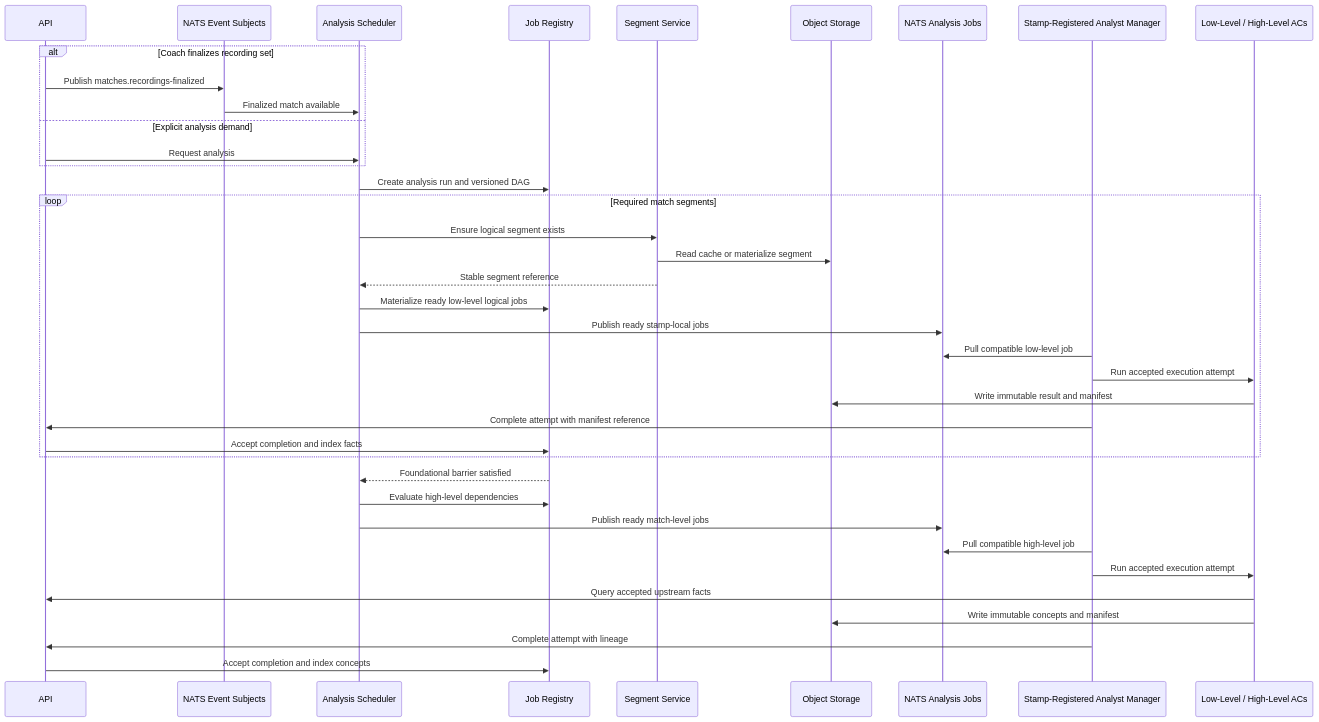
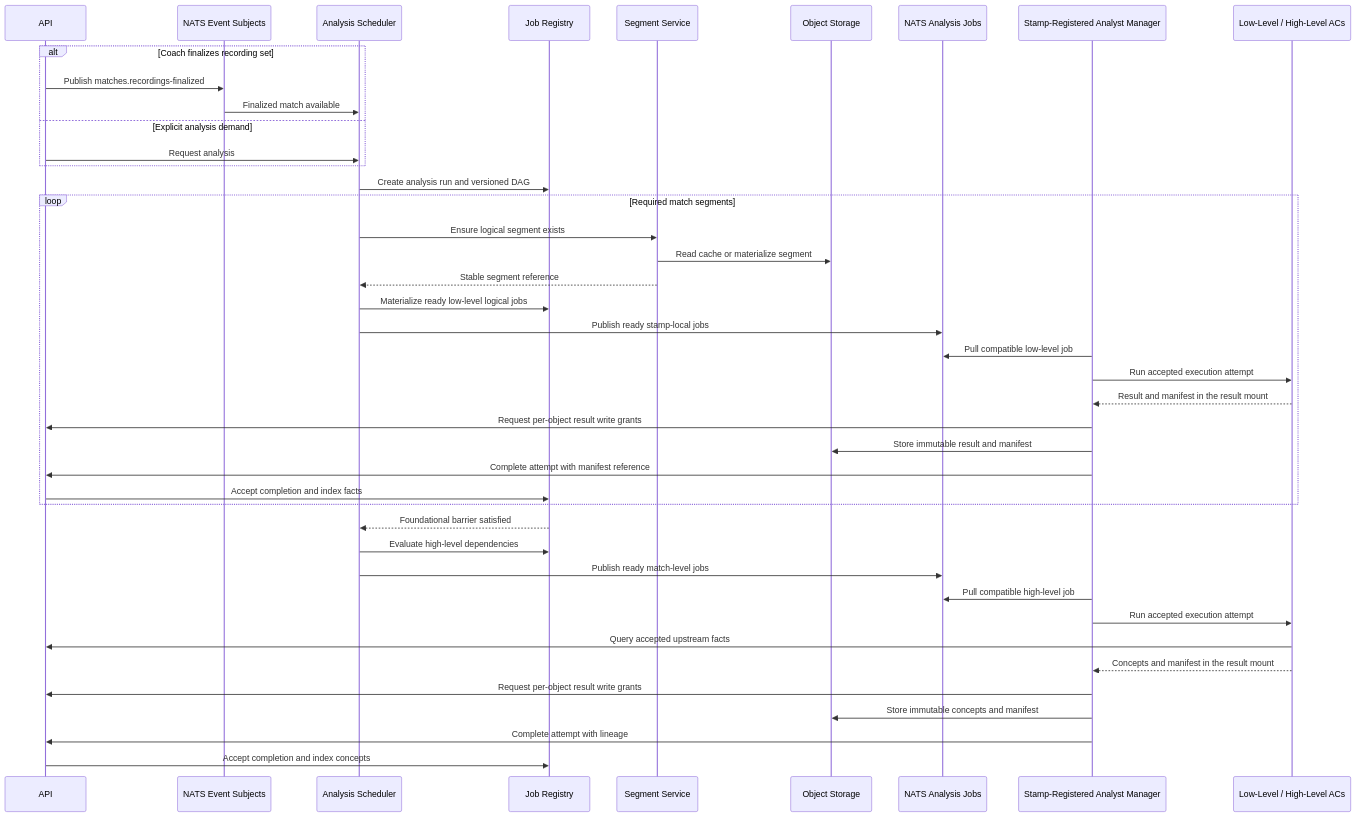
The diagram in docs/architecture/job-processing.md (markusheiliger/socalytics), drawn with Mermaid before and after one commit. The commit also changed 13 other files, not shown here.

````diff
--- a/docs/architecture/job-processing.md
+++ b/docs/architecture/job-processing.md
@@ -51,42 +51,46 @@
 ```mermaid
 sequenceDiagram
 
     participant API
     participant Events as NATS Event Subjects
     participant Scheduler as Analysis Scheduler
     participant Registry as Job Registry
     participant Segments as Segment Service
     participant Storage as Object Storage
     participant Jobs as NATS Analysis Jobs
     participant Manager as Stamp-Registered Analyst Manager
     participant Analysts as Low-Level / High-Level ACs
 
     alt Coach finalizes recording set
         API->>Events: Publish matches.recordings-finalized
         Events->>Scheduler: Finalized match available
     else Explicit analysis demand
         API->>Scheduler: Request analysis
     end
         Scheduler->>Registry: Create analysis run and versioned DAG
         loop Required match segments
                 Scheduler->>Segments: Ensure logical segment exists
                 Segments->>Storage: Read cache or materialize segment
                 Segments-->>Scheduler: Stable segment reference
                 Scheduler->>Registry: Materialize ready low-level logical jobs
                 Scheduler->>Jobs: Publish ready stamp-local jobs
                 Manager->>Jobs: Pull compatible low-level job
                 Manager->>Analysts: Run accepted execution attempt
-                Analysts->>Storage: Write immutable result and manifest
+                Analysts-->>Manager: Result and manifest in the result mount
+                Manager->>API: Request per-object result write grants
+                Manager->>Storage: Store immutable result and manifest
                 Manager->>API: Complete attempt with manifest reference
                 API->>Registry: Accept completion and index facts
         end
         Registry-->>Scheduler: Foundational barrier satisfied
         Scheduler->>Registry: Evaluate high-level dependencies
         Scheduler->>Jobs: Publish ready match-level jobs
         Manager->>Jobs: Pull compatible high-level job
         Manager->>Analysts: Run accepted execution attempt
         Analysts->>API: Query accepted upstream facts
-        Analysts->>Storage: Write immutable concepts and manifest
+        Analysts-->>Manager: Concepts and manifest in the result mount
+        Manager->>API: Request per-object result write grants
+        Manager->>Storage: Store immutable concepts and manifest
         Manager->>API: Complete attempt with lineage
         API->>Registry: Accept completion and index concepts
 ```
````
